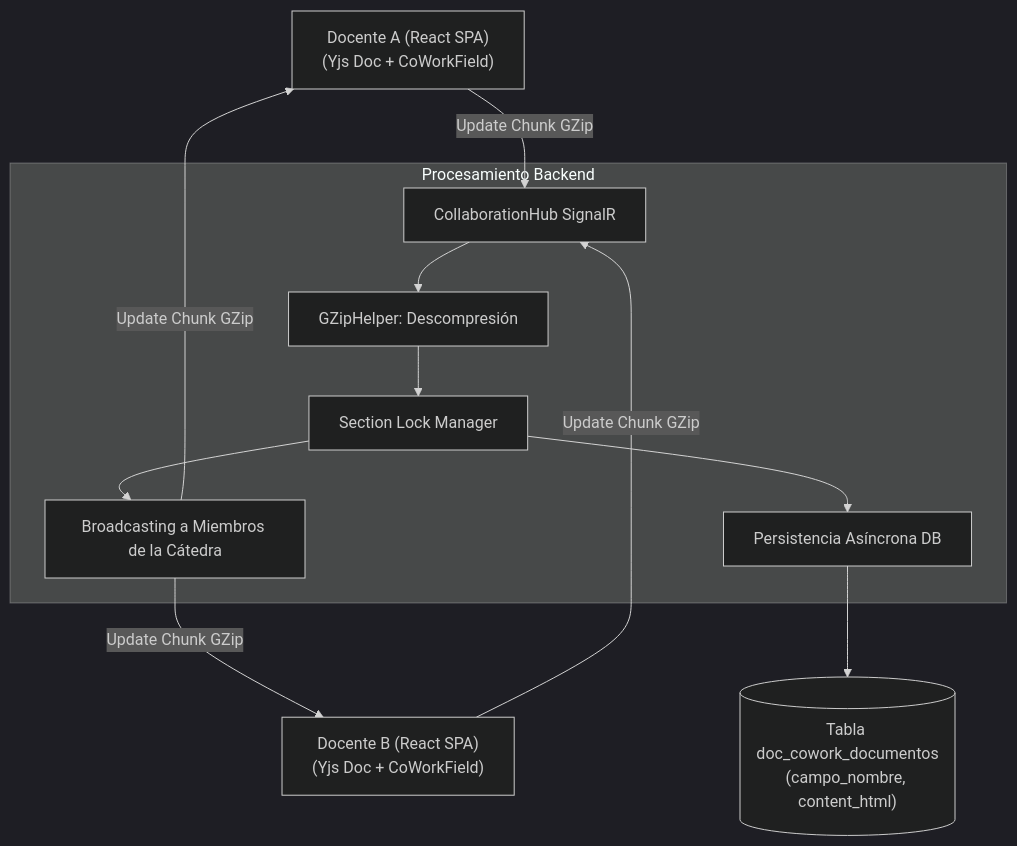
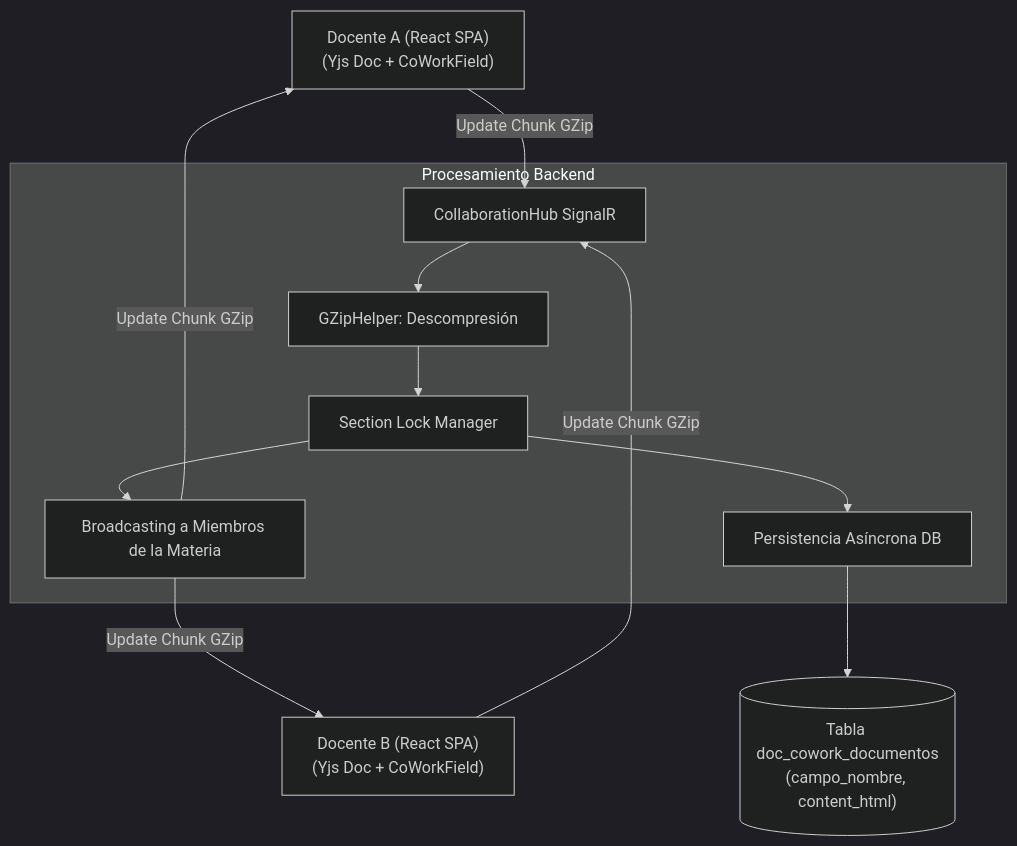
The diagram in docs/documentacion/03-motores-especializados/02-motor-colaborativo-cowork.md (JorgeDoicela/dosier), drawn with Mermaid (dark theme) before and after one commit. The commit also changed other lines of this file and 17 other files, not shown here.

````diff
--- a/docs/documentacion/03-motores-especializados/02-motor-colaborativo-cowork.md
+++ b/docs/documentacion/03-motores-especializados/02-motor-colaborativo-cowork.md
@@ -13,17 +13,17 @@
 ```mermaid
 graph TD
     ClientA["Docente A (React SPA)\n(Yjs Doc + CoWorkField)"] -->|Update Chunk GZip| Hub[CollaborationHub SignalR]
     ClientB["Docente B (React SPA)\n(Yjs Doc + CoWorkField)"] -->|Update Chunk GZip| Hub
 
     subgraph BackendProcess [Procesamiento Backend]
         Hub --> GZip[GZipHelper: Descompresión]
         GZip --> LockManager[Section Lock Manager]
-        LockManager --> Broadcast[Broadcasting a Miembros de la Cátedra]
+        LockManager --> Broadcast[Broadcasting a Miembros de la Materia]
         LockManager --> Persistence[Persistencia Asíncrona DB]
     end
 
     Broadcast -->|Update Chunk GZip| ClientA
     Broadcast -->|Update Chunk GZip| ClientB
 
     Persistence --> DB[("Tabla doc_cowork_documentos\n(campo_nombre, content_html)")]
 ```
````
